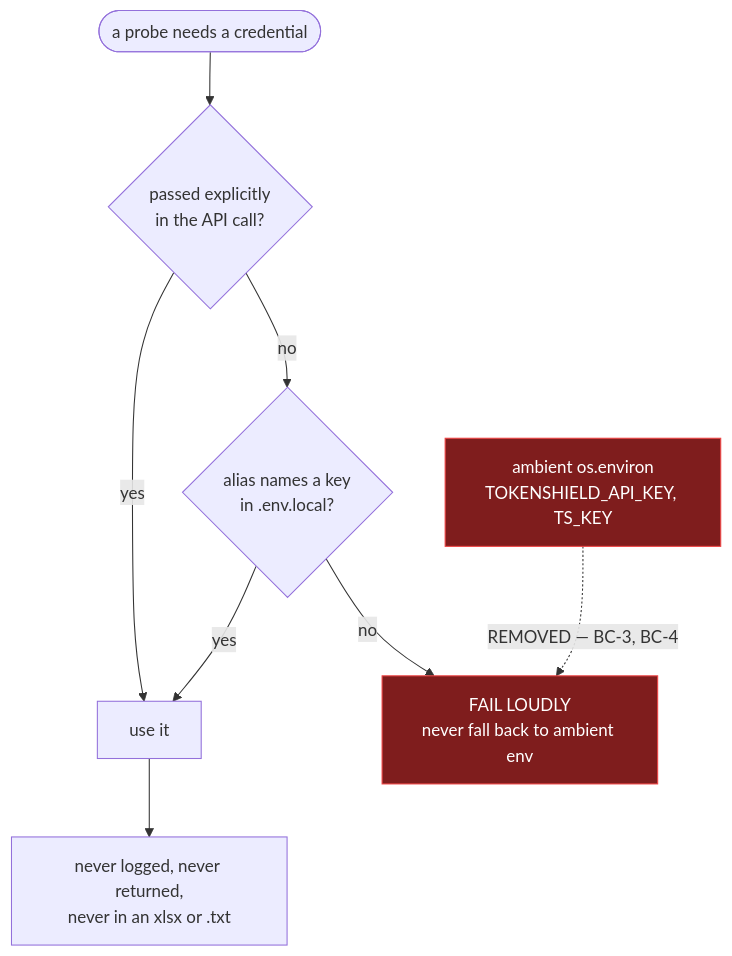
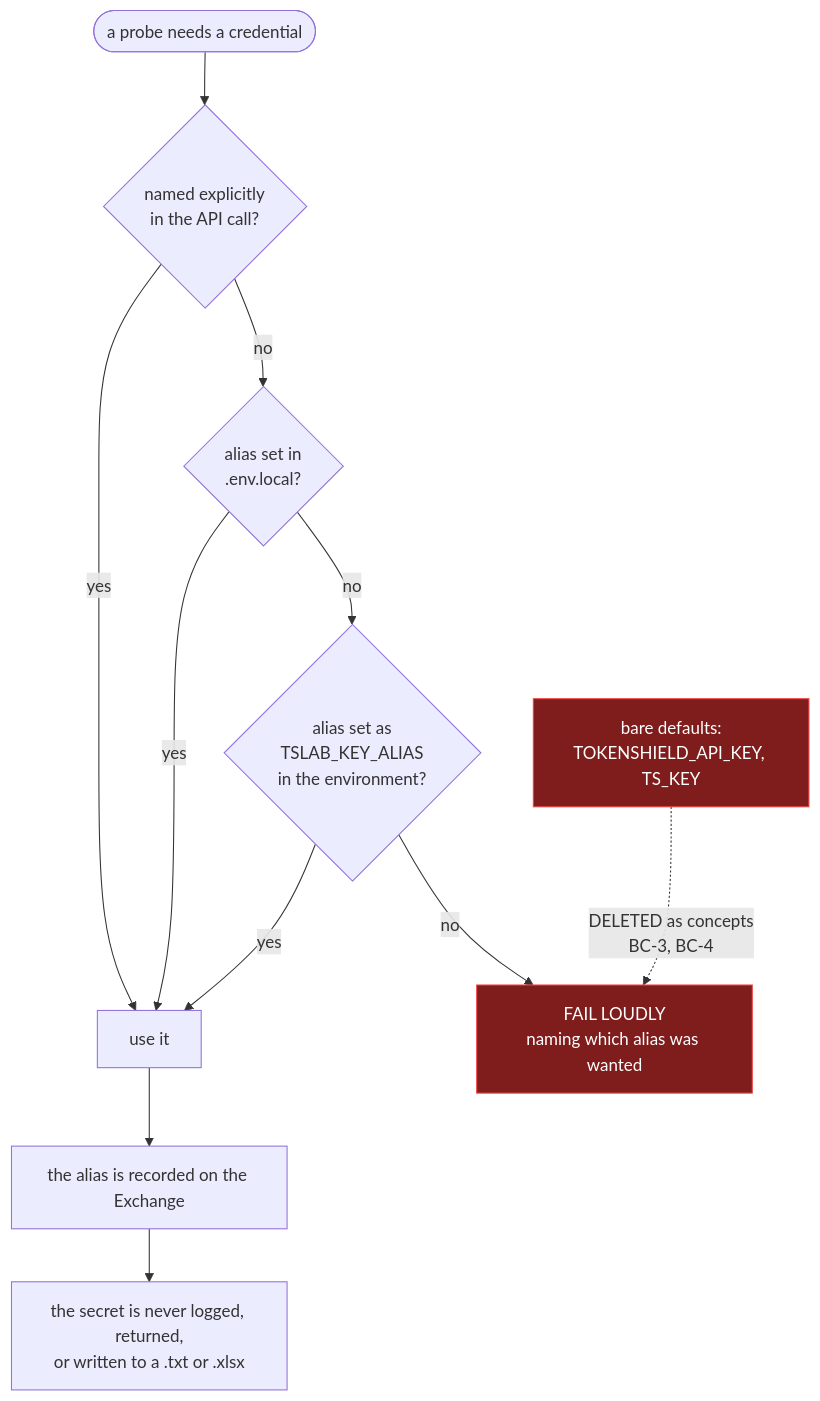
The fourth of 6 diagrams in docs/CONVERGENCE.md (wareshivaji/LITELLM-tester), drawn with Mermaid before and after one commit. The commit also changed other lines of this file, not shown here.

````diff
--- a/docs/CONVERGENCE.md
+++ b/docs/CONVERGENCE.md
@@ -274,15 +286,18 @@
 ```mermaid
 flowchart TD
-  START(["a probe needs a credential"]) --> EXPL{"passed explicitly<br/>in the API call?"}
+  START(["a probe needs a credential"]) --> EXPL{"named explicitly<br/>in the API call?"}
   EXPL -->|yes| USE["use it"]
-  EXPL -->|no| ALIAS{"alias names a key<br/>in .env.local?"}
+  EXPL -->|no| ALIAS{"alias set in<br/>.env.local?"}
   ALIAS -->|yes| USE
-  ALIAS -->|no| FAIL["FAIL LOUDLY<br/>never fall back to ambient env"]
+  ALIAS -->|no| ENVSLOT{"alias set as<br/>TSLAB_KEY_ALIAS<br/>in the environment?"}
+  ENVSLOT -->|yes| USE
+  ENVSLOT -->|no| FAIL["FAIL LOUDLY<br/>naming which alias was wanted"]
 
-  AMB["ambient os.environ<br/>TOKENSHIELD_API_KEY, TS_KEY"] -.->|"REMOVED — BC-3, BC-4"| FAIL
+  BARE["bare defaults:<br/>TOKENSHIELD_API_KEY, TS_KEY"] -.->|"DELETED as concepts<br/>BC-3, BC-4"| FAIL
 
-  USE --> NEVER["never logged, never returned,<br/>never in an xlsx or .txt"]
+  USE --> REC["the alias is recorded on the Exchange"]
+  REC --> NEVER["the secret is never logged, returned,<br/>or written to a .txt or .xlsx"]
 
   classDef bad fill:#7f1d1d,stroke:#ef4444,color:#fff
-  class AMB,FAIL bad
+  class BARE,FAIL bad
 ```
````
